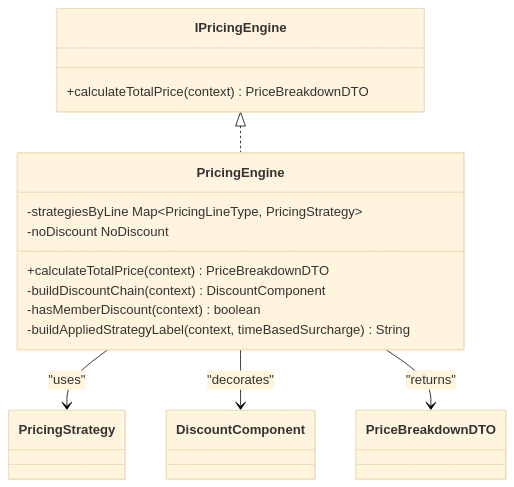
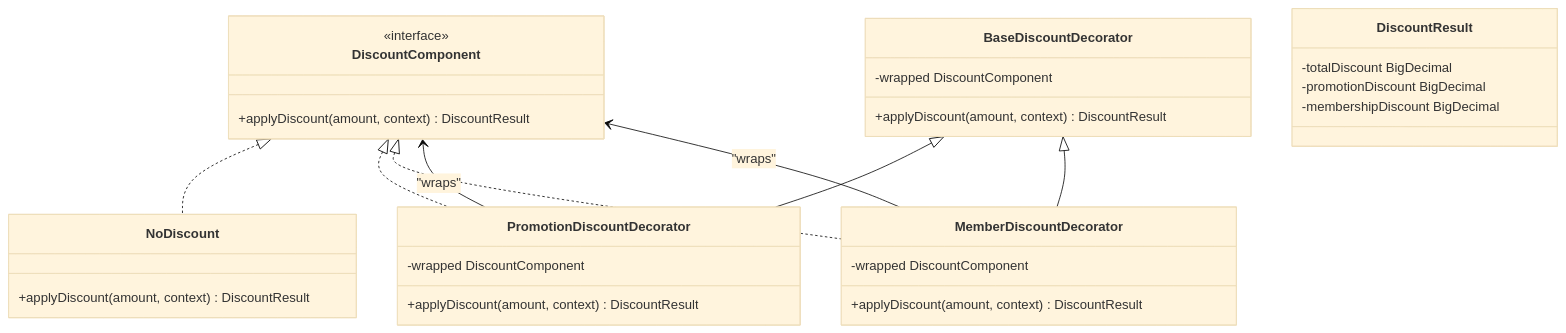
One commit to anhtudayne/Design_Pattern changed the third of 8 diagrams in .qoder/repowiki/en/content/Design Patterns Implementation/Dynamic Pricing Engine.md. Above: the diagram before and after it, drawn with Mermaid (base theme). The commit also changed other lines of this file and 10 other files, not shown here.

````diff
--- a/.qoder/repowiki/en/content/Design Patterns Implementation/Dynamic Pricing Engine.md
+++ b/.qoder/repowiki/en/content/Design Patterns Implementation/Dynamic Pricing Engine.md
@@ -256,18 +230,34 @@
 ```mermaid
 classDiagram
-class IPricingEngine {
-+calculateTotalPrice(context) PriceBreakdownDTO
+class DiscountComponent {
+<<interface>>
++applyDiscount(amount, context) DiscountResult
 }
-class PricingEngine {
--strategiesByLine Map~PricingLineType, PricingStrategy~
--noDiscount NoDiscount
-+calculateTotalPrice(context) PriceBreakdownDTO
--buildDiscountChain(context) DiscountComponent
--hasMemberDiscount(context) boolean
--buildAppliedStrategyLabel(context, timeBasedSurcharge) String
+class NoDiscount {
++applyDiscount(amount, context) DiscountResult
 }
-IPricingEngine <|.. PricingEngine
-PricingEngine --> PricingStrategy : "uses"
-PricingEngine --> DiscountComponent : "decorates"
-PricingEngine --> PriceBreakdownDTO : "returns"
+class PromotionDiscountDecorator {
+-wrapped DiscountComponent
++applyDiscount(amount, context) DiscountResult
+}
+class MemberDiscountDecorator {
+-wrapped DiscountComponent
++applyDiscount(amount, context) DiscountResult
+}
+class BaseDiscountDecorator {
+-wrapped DiscountComponent
++applyDiscount(amount, context) DiscountResult
+}
+class DiscountResult {
+-totalDiscount BigDecimal
+-promotionDiscount BigDecimal
+-membershipDiscount BigDecimal
+}
+DiscountComponent <|.. NoDiscount
+DiscountComponent <|.. PromotionDiscountDecorator
+DiscountComponent <|.. MemberDiscountDecorator
+BaseDiscountDecorator <|-- PromotionDiscountDecorator
+BaseDiscountDecorator <|-- MemberDiscountDecorator
+MemberDiscountDecorator --> DiscountComponent : "wraps"
+PromotionDiscountDecorator --> DiscountComponent : "wraps"
 ```
````
